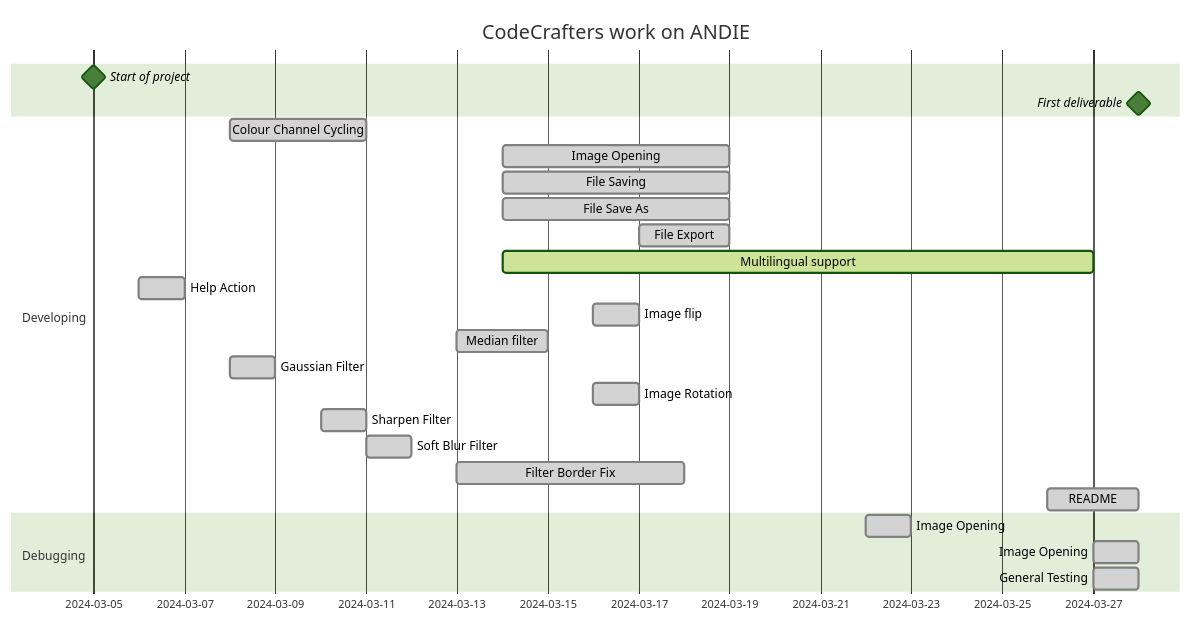
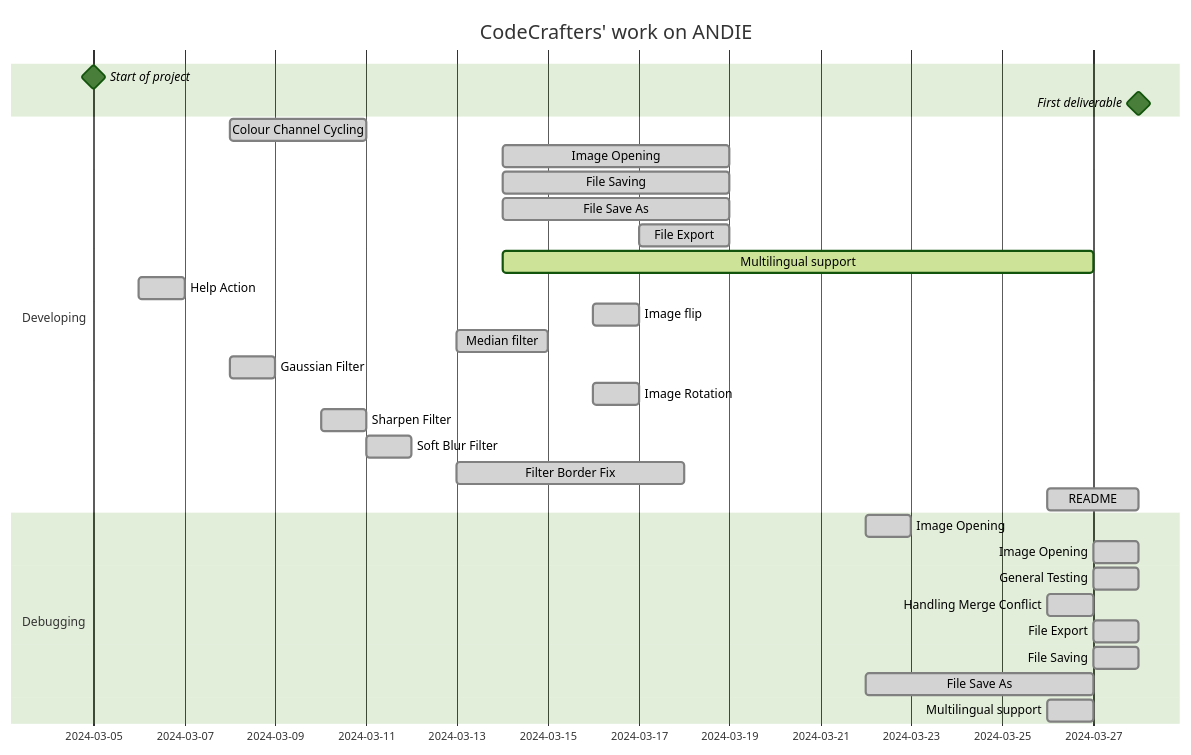
One commit to greateden/ANDIE-CodeCrafters changed the diagram in README.md. Above: the diagram before and after it, drawn with Mermaid. The commit also changed other lines of this file, not shown here.

````diff
--- a/README.md
+++ b/README.md
@@ -91,37 +88,42 @@
 ```mermaid
 
-%% CodeCrafters Gantt Chart for our work on ANDIE
+%% CodeCrafters' Gantt Chart for our work on ANDIE
 %%{init: {'theme':'forest'}}%%
         gantt
-        title CodeCrafters work on ANDIE
+        title CodeCrafters' work on ANDIE
         dateFormat  DD-MM-YYYY
         Start of project: milestone, m1,05-03-2024, 
         First deliverable: milestone, m2, 28-03-2024,
 
         section Developing
             Colour Channel Cycling              :done, des1, 08-03-2024, 3d
             Image Opening                       :done,  des2, 14-03-2024, 19-03-2024
             File Saving                         :done,  des2, 14-03-2024, 19-03-2024
             File Save As                        :done,  des2, 14-03-2024, 19-03-2024
             File Export                         :done,  des2, 17-03-2024, 19-03-2024
             Multilingual support                :active, des2, 14-03-2024, 27-03-2024
             Help Action                         :done, des1, 06-03-2024, 07-03-2024
             Image flip                          :done, des1, 16-03-2024, 17-03-2024
             Median filter                       :done, des2, 13-03-2024, 15-03-2024
             Gaussian Filter               :done, 08-03-2024, 09-03-2024
             Image Rotation                :done, 16-03-2024, 17-03-2024
             Sharpen Filter                 :done, des2, 10-03-2024, 11-03-2024
             Soft Blur Filter               :done, des2, 11-03-2024, 12-03-2024
             Filter Border Fix              :done, des2, 13-03-2024, 18-03-2024
             README                         :done, des2, 26-03-2024, 28-03-2024
 
 
 
         section Debugging
             Image Opening                      :done , 22-03-2024, 23-03-2024
             Image Opening                      :done , 27-03-2024, 28-03-2024
             General Testing                    :done, 27-03-2024, 28-03-2024
+            Handling Merge Conflict             :done, 26-03-2024, 27-03-2024
+            File Export                         :done, 27-03-2024, 28-03-2024
+            File Saving                         :done, 27-03-2024, 28-03-2024
+            File Save As                        :done, 22-03-2024, 27-03-2024
+            Multilingual support                :done, 26-03-2024, 27-03-2024
 
 
 
 ```
````
